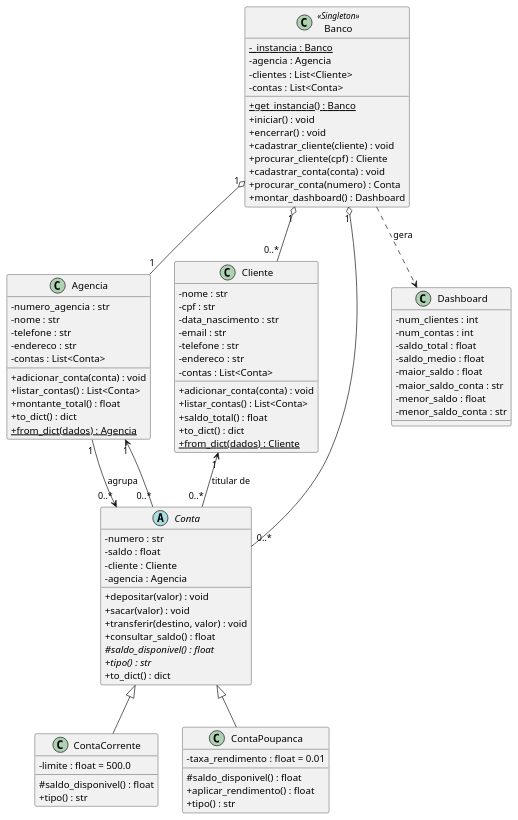
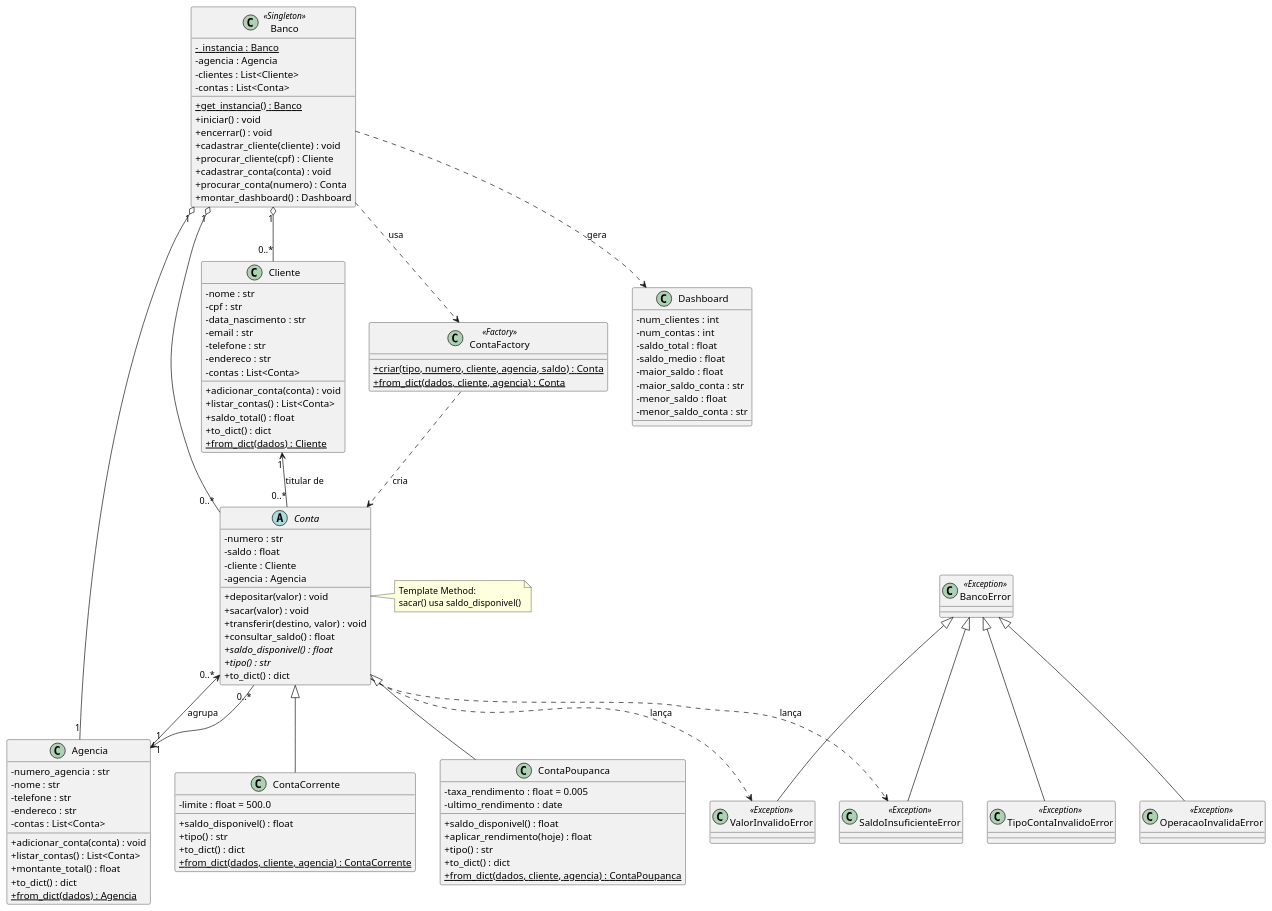
One commit to luisacostz/LMSBank changed the diagram in docs/modelo_classes.puml. Above: the diagram before and after it, drawn with PlantUML. The commit also changed 22 other files, not shown here.

```diff
--- a/docs/modelo_classes.puml
+++ b/docs/modelo_classes.puml
@@ -1,94 +1,119 @@
 @startuml LMSBank
 skinparam classAttributeIconSize 0
 
 class Banco <<Singleton>> {
   - {static} _instancia : Banco
   - agencia : Agencia
   - clientes : List<Cliente>
   - contas : List<Conta>
   + {static} get_instancia() : Banco
   + iniciar() : void
   + encerrar() : void
   + cadastrar_cliente(cliente) : void
   + procurar_cliente(cpf) : Cliente
   + cadastrar_conta(conta) : void
   + procurar_conta(numero) : Conta
   + montar_dashboard() : Dashboard
 }
 
 class Agencia {
   - numero_agencia : str
   - nome : str
   - telefone : str
   - endereco : str
   - contas : List<Conta>
   + adicionar_conta(conta) : void
   + listar_contas() : List<Conta>
   + montante_total() : float
   + to_dict() : dict
   + {static} from_dict(dados) : Agencia
 }
 
 class Cliente {
   - nome : str
   - cpf : str
   - data_nascimento : str
   - email : str
   - telefone : str
   - endereco : str
   - contas : List<Conta>
   + adicionar_conta(conta) : void
   + listar_contas() : List<Conta>
   + saldo_total() : float
   + to_dict() : dict
   + {static} from_dict(dados) : Cliente
 }
 
 abstract class Conta {
   - numero : str
   - saldo : float
   - cliente : Cliente
   - agencia : Agencia
   + depositar(valor) : void
   + sacar(valor) : void
   + transferir(destino, valor) : void
   + consultar_saldo() : float
-  # {abstract} saldo_disponivel() : float
+  + {abstract} saldo_disponivel() : float
   + {abstract} tipo() : str
   + to_dict() : dict
 }
 
 class ContaCorrente {
   - limite : float = 500.0
-  # saldo_disponivel() : float
+  + saldo_disponivel() : float
   + tipo() : str
+  + to_dict() : dict
+  + {static} from_dict(dados, cliente, agencia) : ContaCorrente
 }
 
 class ContaPoupanca {
-  - taxa_rendimento : float = 0.01
-  # saldo_disponivel() : float
-  + aplicar_rendimento() : float
+  - taxa_rendimento : float = 0.005
+  - ultimo_rendimento : date
+  + saldo_disponivel() : float
+  + aplicar_rendimento(hoje) : float
   + tipo() : str
+  + to_dict() : dict
+  + {static} from_dict(dados, cliente, agencia) : ContaPoupanca
+}
+
+class ContaFactory <<Factory>> {
+  + {static} criar(tipo, numero, cliente, agencia, saldo) : Conta
+  + {static} from_dict(dados, cliente, agencia) : Conta
 }
 
 class Dashboard {
   - num_clientes : int
   - num_contas : int
   - saldo_total : float
   - saldo_medio : float
   - maior_saldo : float
   - maior_saldo_conta : str
   - menor_saldo : float
   - menor_saldo_conta : str
 }
 
+class BancoError <<Exception>>
+class ValorInvalidoError <<Exception>>
+class SaldoInsuficienteError <<Exception>>
+class OperacaoInvalidaError <<Exception>>
+class TipoContaInvalidoError <<Exception>>
+
 Banco "1" o-- "1" Agencia
 Banco "1" o-- "0..*" Cliente
 Banco "1" o-- "0..*" Conta
 Banco ..> Dashboard : gera
+Banco ..> ContaFactory : usa
+ContaFactory ..> Conta : cria
 Agencia "1" --> "0..*" Conta : agrupa
 Cliente "1" <-- "0..*" Conta : titular de
 Conta "0..*" --> "1" Agencia
 Conta <|-- ContaCorrente
 Conta <|-- ContaPoupanca
+BancoError <|-- ValorInvalidoError
+BancoError <|-- SaldoInsuficienteError
+BancoError <|-- OperacaoInvalidaError
+BancoError <|-- TipoContaInvalidoError
+Conta ..> SaldoInsuficienteError : lança
+Conta ..> ValorInvalidoError : lança
+note right of Conta : Template Method:\nsacar() usa saldo_disponivel()
 @enduml
```
